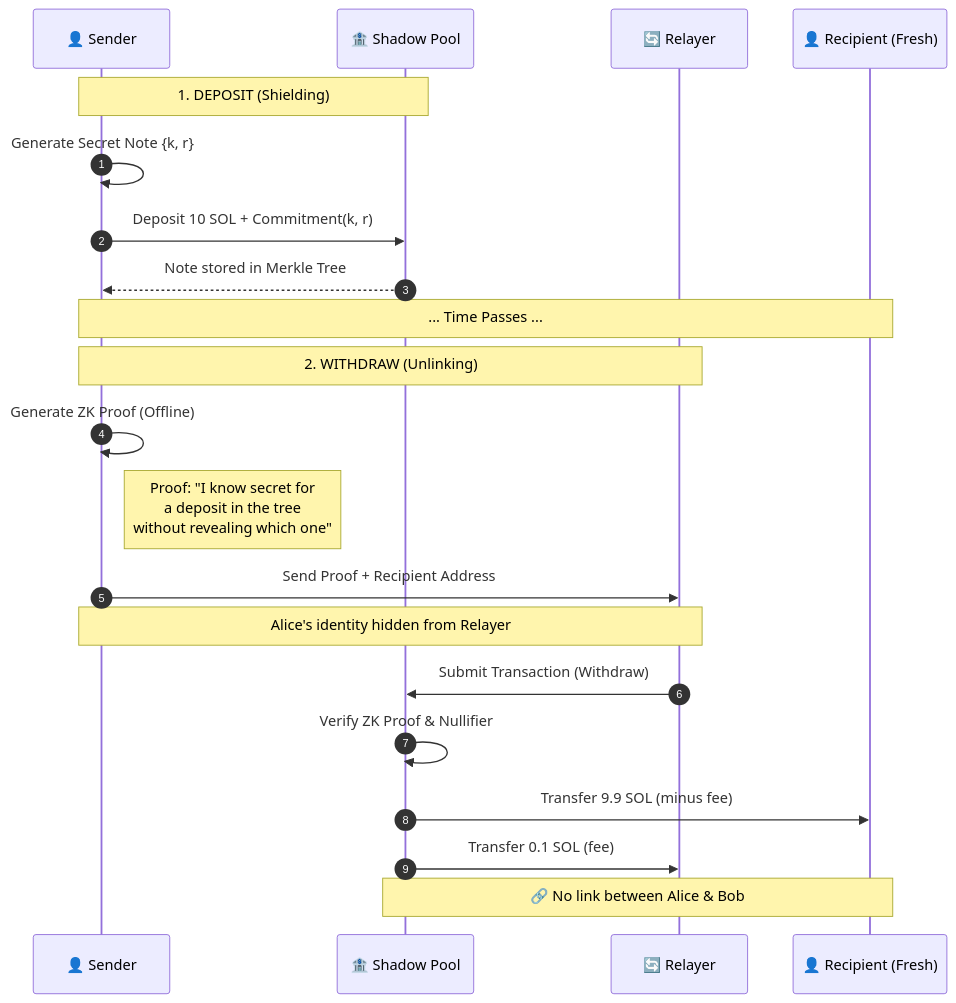
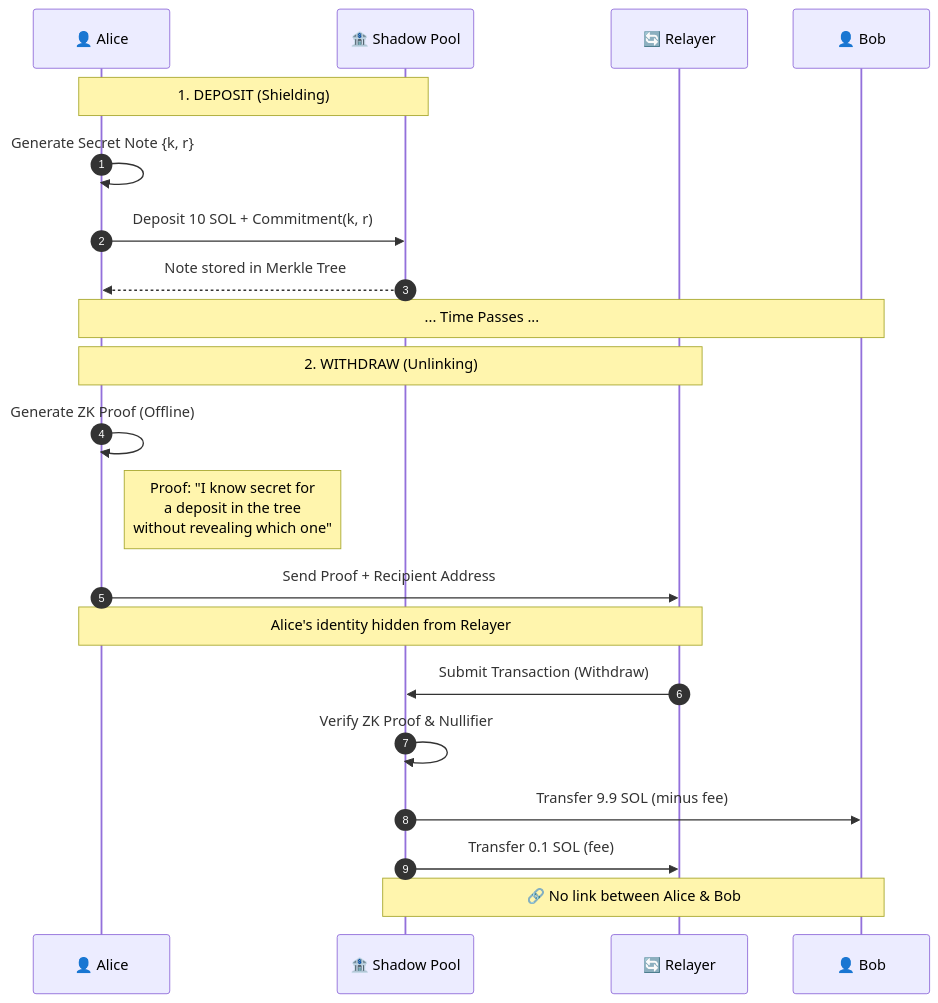
Before and after one commit to danielbolsson/Solana-Shadow-Sdk: the diagram in README.md, drawn with Mermaid.

Commit message:
Alice -> Bob

````diff
--- a/README.md
+++ b/README.md
@@ -49,29 +49,29 @@
 ```mermaid
 sequenceDiagram
     autonumber
-    participant Alice as 👤 Sender
+    participant Alice as 👤 Alice
     participant Pool as 🏦 Shadow Pool
     participant Relayer as 🔄 Relayer
-    participant Bob as 👤 Recipient (Fresh)
+    participant Bob as 👤 Bob
 
     Note over Alice, Pool: 1. DEPOSIT (Shielding)
     Alice->>Alice: Generate Secret Note {k, r}
     Alice->>Pool: Deposit 10 SOL + Commitment(k, r)
     Pool-->>Alice: Note stored in Merkle Tree
 
     Note over Alice, Bob: ... Time Passes ...
 
     Note over Alice, Relayer: 2. WITHDRAW (Unlinking)
     Alice->>Alice: Generate ZK Proof (Offline)
     Note right of Alice: Proof: "I know secret for<br/>a deposit in the tree<br/>without revealing which one"
     
     Alice->>Relayer: Send Proof + Recipient Address
     Note over Alice, Relayer: Alice's identity hidden from Relayer
     
     Relayer->>Pool: Submit Transaction (Withdraw)
     Pool->>Pool: Verify ZK Proof & Nullifier
     Pool->>Bob: Transfer 9.9 SOL (minus fee)
     Pool->>Relayer: Transfer 0.1 SOL (fee)
     
     Note over Pool, Bob: 🔗 No link between Alice & Bob
 ```
````
